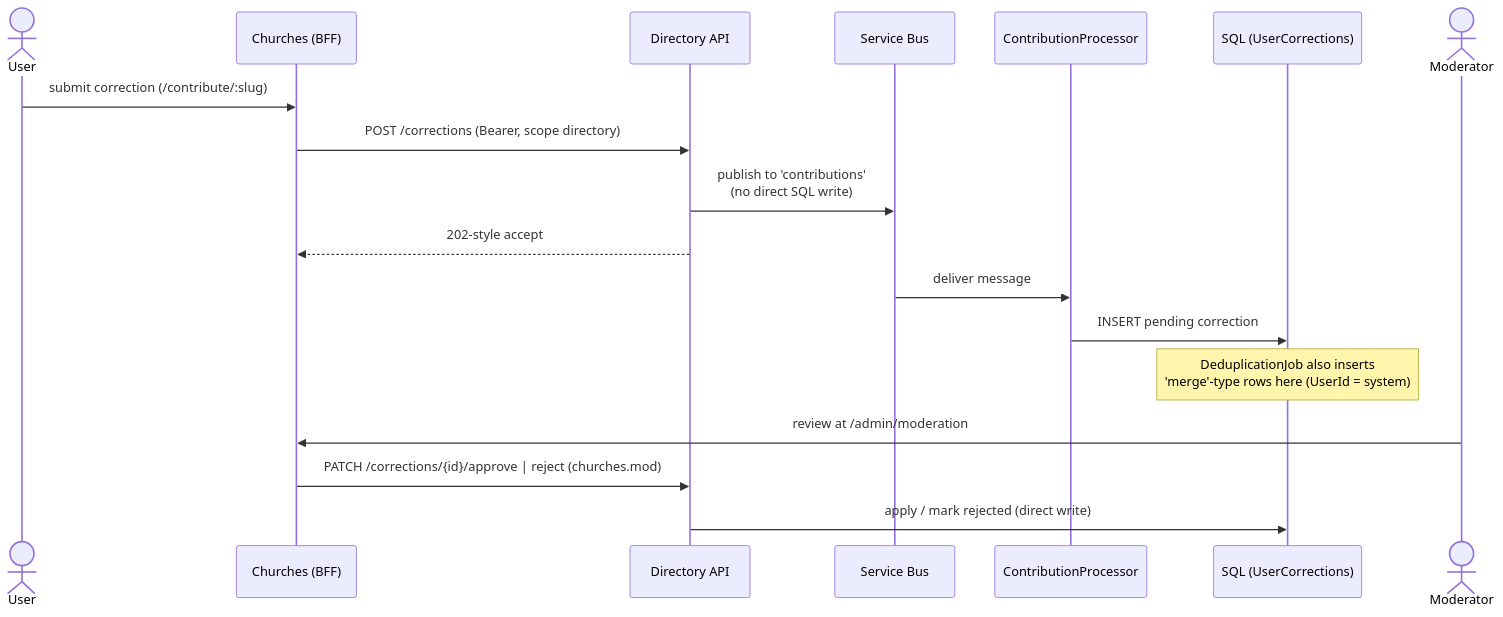
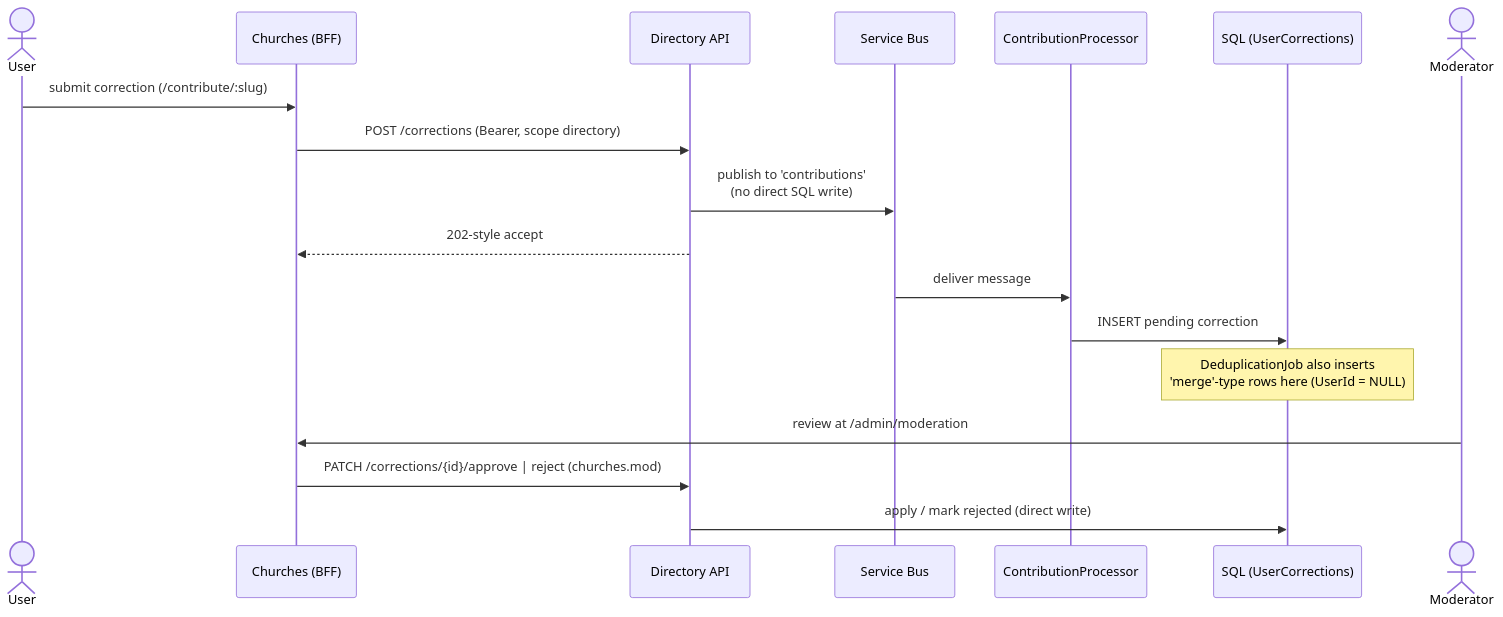
The seventh of 8 diagrams in ARCHITECTURE.md (crgolden/Churches), drawn with Mermaid before and after one commit. The commit also changed other lines of this file and 3 other files, not shown here.

````diff
--- a/ARCHITECTURE.md
+++ b/ARCHITECTURE.md
@@ -379,21 +380,21 @@
 ```mermaid
 sequenceDiagram
     actor U as User
     participant C as Churches (BFF)
     participant D as Directory API
     participant SB as Service Bus
     participant CP as ContributionProcessor
     participant DB as SQL (UserCorrections)
     actor M as Moderator
 
     U->>C: submit correction (/contribute/:slug)
     C->>D: POST /corrections (Bearer, scope directory)
     D->>SB: publish to 'contributions'<br/>(no direct SQL write)
     D-->>C: 202-style accept
     SB->>CP: deliver message
     CP->>DB: INSERT pending correction
-    Note over DB: DeduplicationJob also inserts<br/>'merge'-type rows here (UserId = system)
+    Note over DB: DeduplicationJob also inserts<br/>'merge'-type rows here (UserId = NULL)
     M->>C: review at /admin/moderation
     C->>D: PATCH /corrections/{id}/approve | reject (churches.mod)
     D->>DB: apply / mark rejected (direct write)
 ```
````
